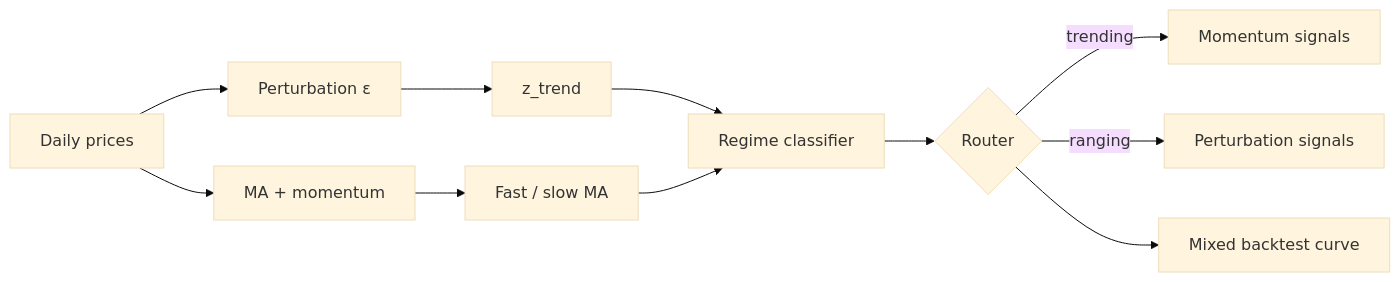
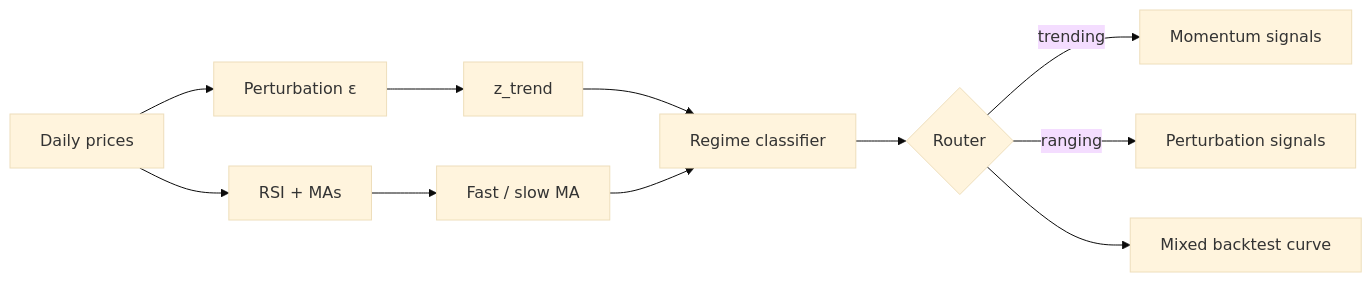
One commit to SpektrNO/fun-trade changed the second of 2 diagrams in docs/trading-guide.md. Above: the diagram before and after it, drawn with Mermaid (base theme). The commit also changed other lines of this file and 24 other files, not shown here.

First line of the commit message:
Add RSI mean-reversion mode, Trade RSI chart, and tuning presets.

````diff
--- a/docs/trading-guide.md
+++ b/docs/trading-guide.md
@@ -251,13 +251,13 @@
 ```mermaid
 flowchart LR
   prices[Daily prices] --> pert[Perturbation ε]
-  prices --> mom[MA + momentum]
+  prices --> mom[RSI + MAs]
   pert --> zt[z_trend]
   mom --> ma[Fast / slow MA]
   zt --> classifier[Regime classifier]
   ma --> classifier
   classifier --> router{Router}
   router -->|trending| momSig[Momentum signals]
   router -->|ranging| pertSig[Perturbation signals]
   router --> mixed[Mixed backtest curve]
 ```
````
